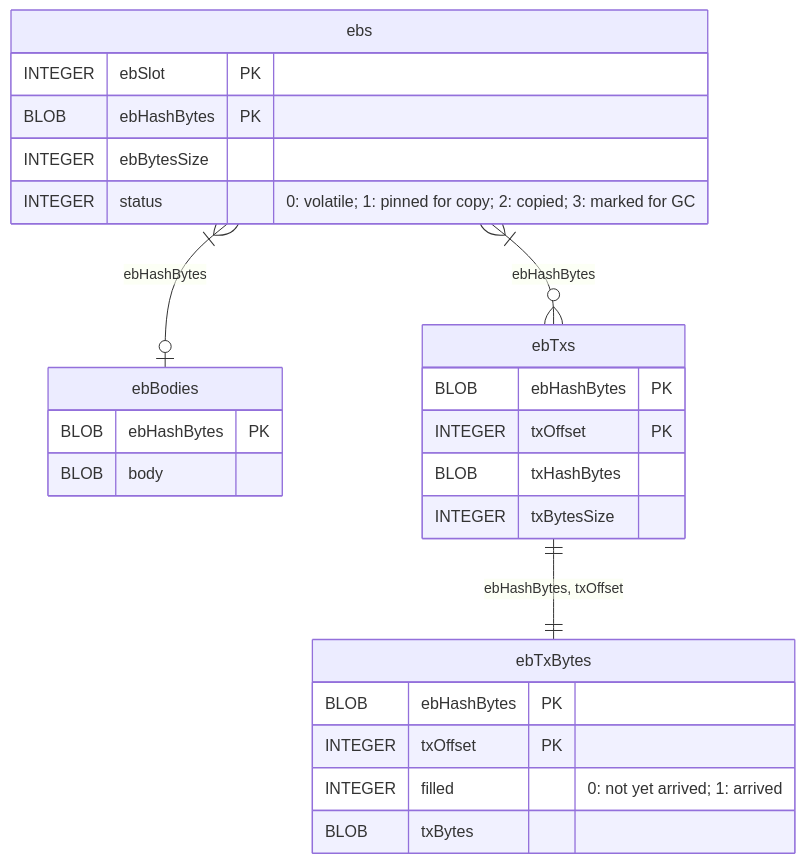
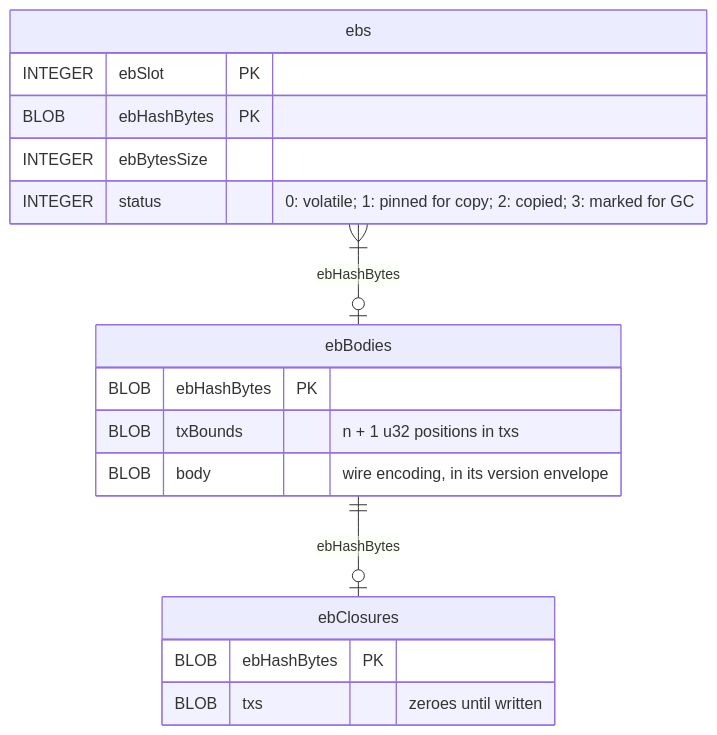
The first of 3 diagrams in docs/website/contents/explanations/leiosdb.md (IntersectMBO/ouroboros-consensus), drawn with Mermaid before and after one commit. The commit also changed other lines of this file and 18 other files, not shown here.

````diff
--- a/docs/website/contents/explanations/leiosdb.md
+++ b/docs/website/contents/explanations/leiosdb.md
@@ -20,29 +19,21 @@
 ```mermaid
 erDiagram
     ebs {
         INTEGER ebSlot PK
         BLOB ebHashBytes PK
         INTEGER ebBytesSize
         INTEGER status "0: volatile; 1: pinned for copy; 2: copied; 3: marked for GC"
     }
     ebBodies {
         BLOB ebHashBytes PK
-        BLOB body
+        BLOB txBounds "n + 1 u32 positions in txs"
+        BLOB body "wire encoding, in its version envelope"
     }
-    ebTxs {
+    ebClosures {
         BLOB ebHashBytes PK
-        INTEGER txOffset PK
-        BLOB txHashBytes
-        INTEGER txBytesSize
-    }
-    ebTxBytes {
-        BLOB ebHashBytes PK
-        INTEGER txOffset PK
-        INTEGER filled "0: not yet arrived; 1: arrived"
-        BLOB txBytes
+        BLOB txs "zeroes until written"
     }
 
     ebs }|--o| ebBodies : "ebHashBytes"
-    ebs }|--o{ ebTxs : "ebHashBytes"
-    ebTxs ||--|| ebTxBytes : "ebHashBytes, txOffset"
+    ebBodies ||--o| ebClosures : "ebHashBytes"
 ```
````
